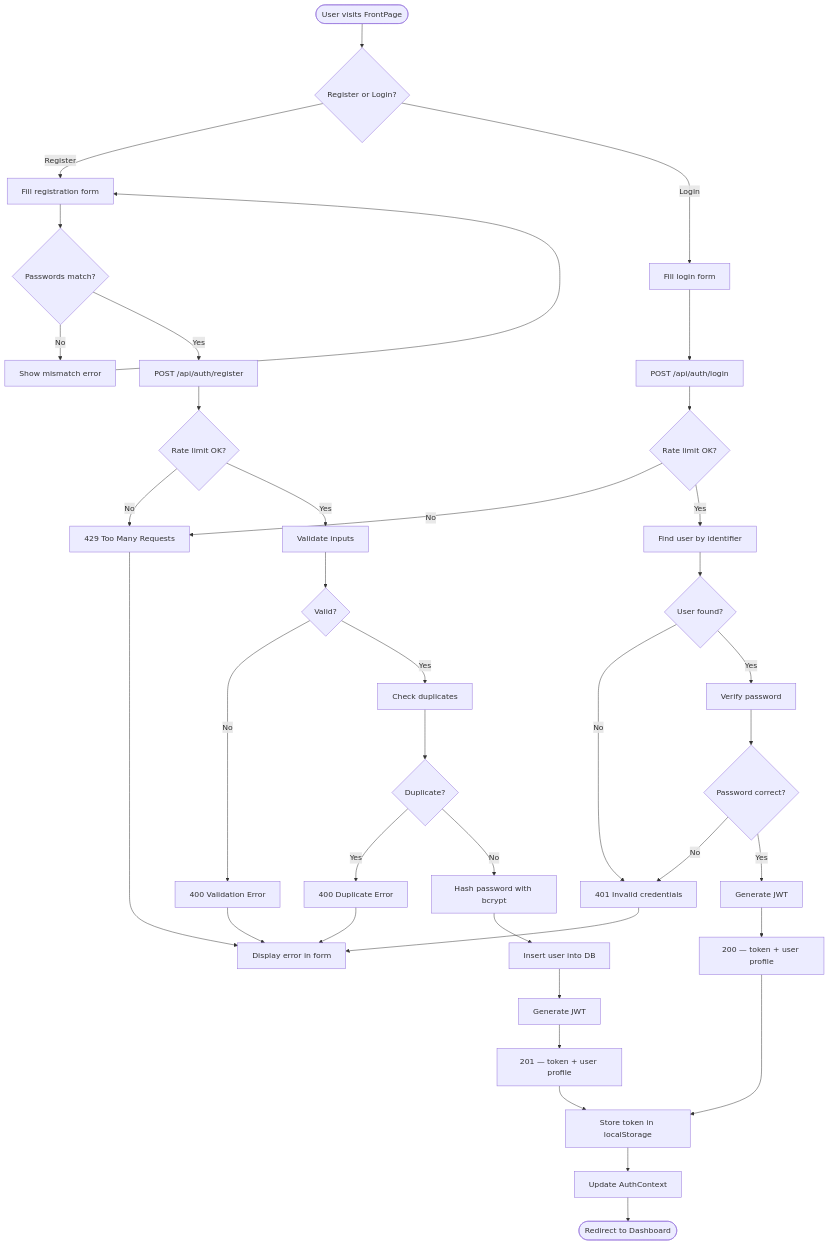
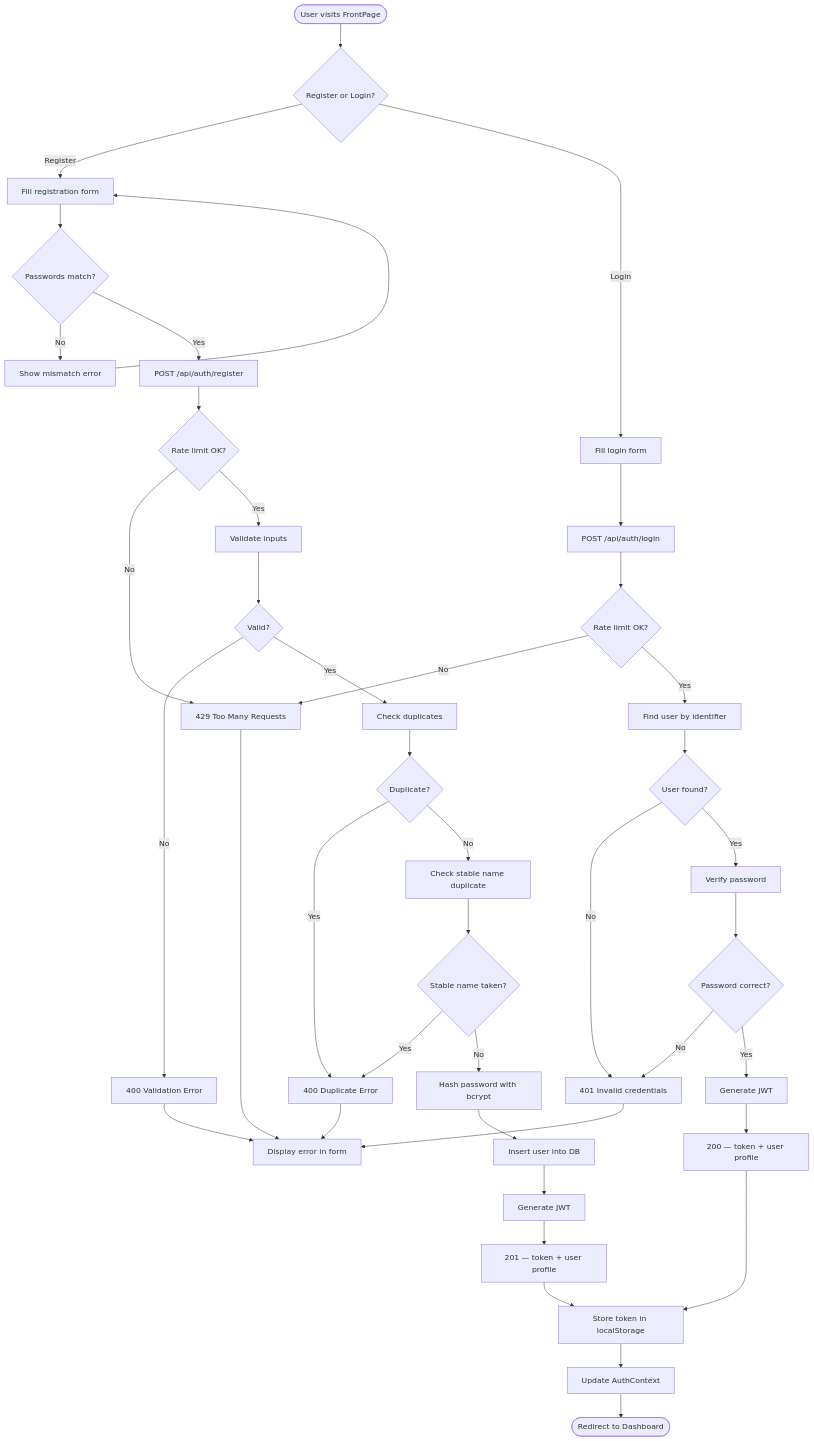
Before and after one commit to RobertTeunissen/ArmouredSouls: the fourth of 4 diagrams in docs/features/user-registration.md, drawn with Mermaid. The commit also changed other lines of this file and 295 other files, not shown here.

````diff
--- a/docs/features/user-registration.md
+++ b/docs/features/user-registration.md
@@ -201,53 +209,57 @@
 ```mermaid
 flowchart TD
     Start([User visits FrontPage]) --> Choice{Register or Login?}
 
     Choice -->|Register| RegForm[Fill registration form]
     Choice -->|Login| LogForm[Fill login form]
 
     RegForm --> ConfirmPW{Passwords match?}
     ConfirmPW -->|No| PWError[Show mismatch error]
     PWError --> RegForm
     ConfirmPW -->|Yes| PostReg[POST /api/auth/register]
 
     LogForm --> PostLog[POST /api/auth/login]
 
     PostReg --> RateCheck1{Rate limit OK?}
     RateCheck1 -->|No| R429[429 Too Many Requests]
     RateCheck1 -->|Yes| Validate[Validate inputs]
 
     Validate --> Valid{Valid?}
     Valid -->|No| R400[400 Validation Error]
     Valid -->|Yes| DupCheck[Check duplicates]
 
     DupCheck --> Dup{Duplicate?}
     Dup -->|Yes| R400Dup[400 Duplicate Error]
-    Dup -->|No| Hash[Hash password with bcrypt]
+    Dup -->|No| StableCheck[Check stable name duplicate]
+
+    StableCheck --> StableDup{Stable name taken?}
+    StableDup -->|Yes| R400Dup
+    StableDup -->|No| Hash[Hash password with bcrypt]
 
     Hash --> CreateUser[Insert user into DB]
     CreateUser --> GenToken1[Generate JWT]
     GenToken1 --> Return201[201 — token + user profile]
 
     PostLog --> RateCheck2{Rate limit OK?}
     RateCheck2 -->|No| R429
     RateCheck2 -->|Yes| FindUser[Find user by identifier]
 
     FindUser --> Found{User found?}
     Found -->|No| R401[401 Invalid credentials]
     Found -->|Yes| VerifyPW[Verify password]
 
     VerifyPW --> PWOk{Password correct?}
     PWOk -->|No| R401
     PWOk -->|Yes| GenToken2[Generate JWT]
     GenToken2 --> Return200[200 — token + user profile]
 
     Return201 --> StoreToken[Store token in localStorage]
     Return200 --> StoreToken
     StoreToken --> UpdateCtx[Update AuthContext]
     UpdateCtx --> Dashboard([Redirect to Dashboard])
 
     R400 --> ShowErr[Display error in form]
     R400Dup --> ShowErr
     R401 --> ShowErr
     R429 --> ShowErr
 ```
````
